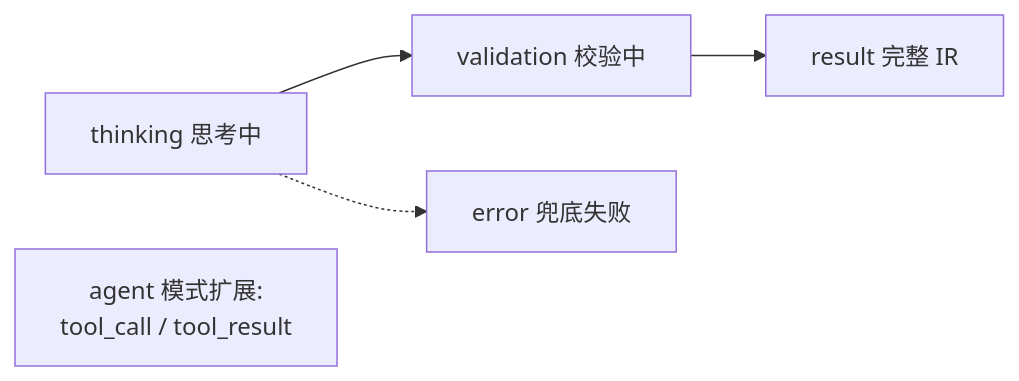
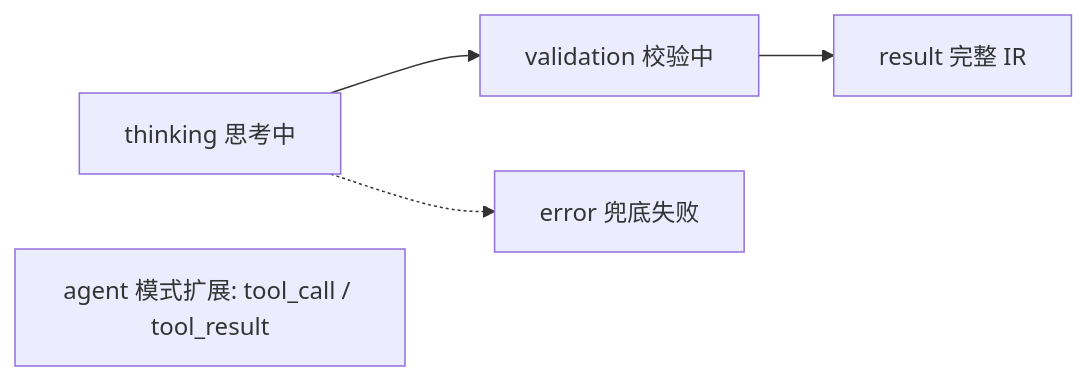
Before and after one commit to Nihao7-L/flowchart-ai: the sixth of 13 diagrams in workbuddyFlow/docs/FlowAI架构与交互机制.md, drawn with Mermaid. The commit also changed other lines of this file and 37 other files, not shown here.

````diff
--- a/workbuddyFlow/docs/FlowAI架构与交互机制.md
+++ b/workbuddyFlow/docs/FlowAI架构与交互机制.md
@@ -174,9 +170,9 @@
 ```mermaid
 flowchart LR
   T["thinking 思考中"]
   V["validation 校验中"]
   R["result 完整 IR"]
   T --> V --> R
   T -.-> E["error 兜底失败"]
-  TC["agent 模式扩展:<br/>tool_call / tool_result"]
+  TC["agent 模式扩展: tool_call / tool_result"]
 ```
````
